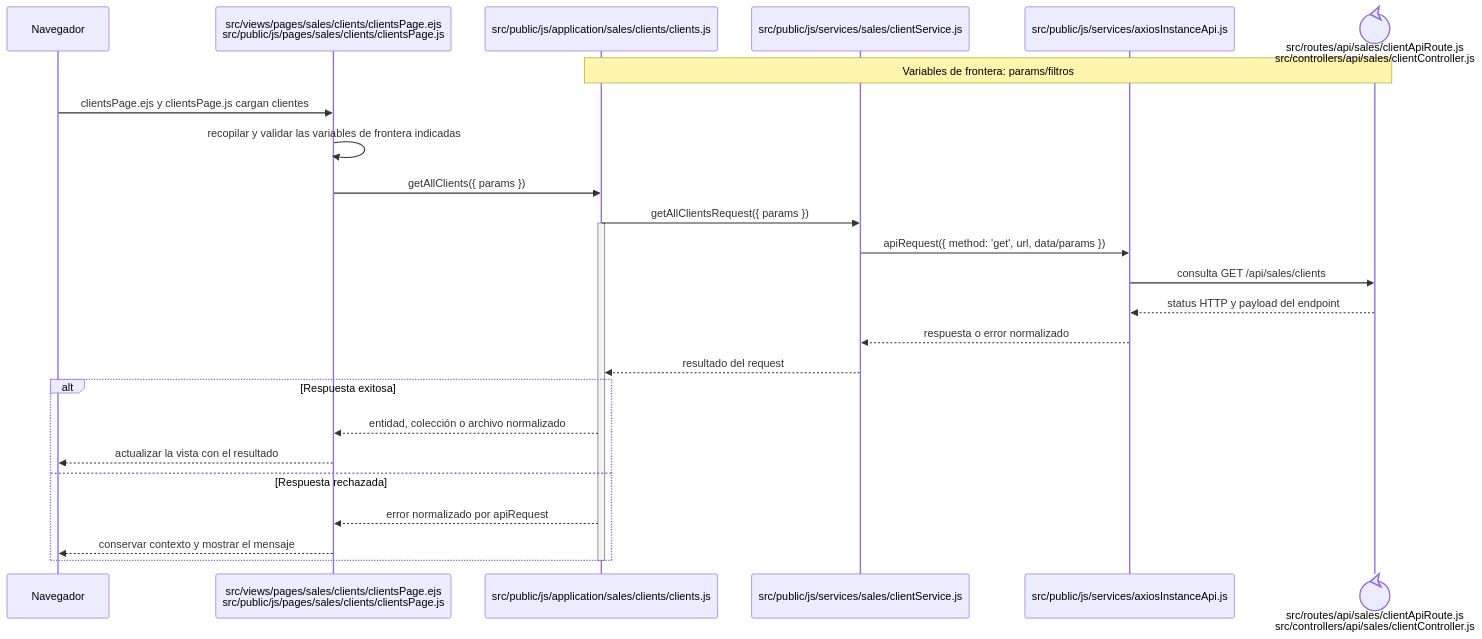
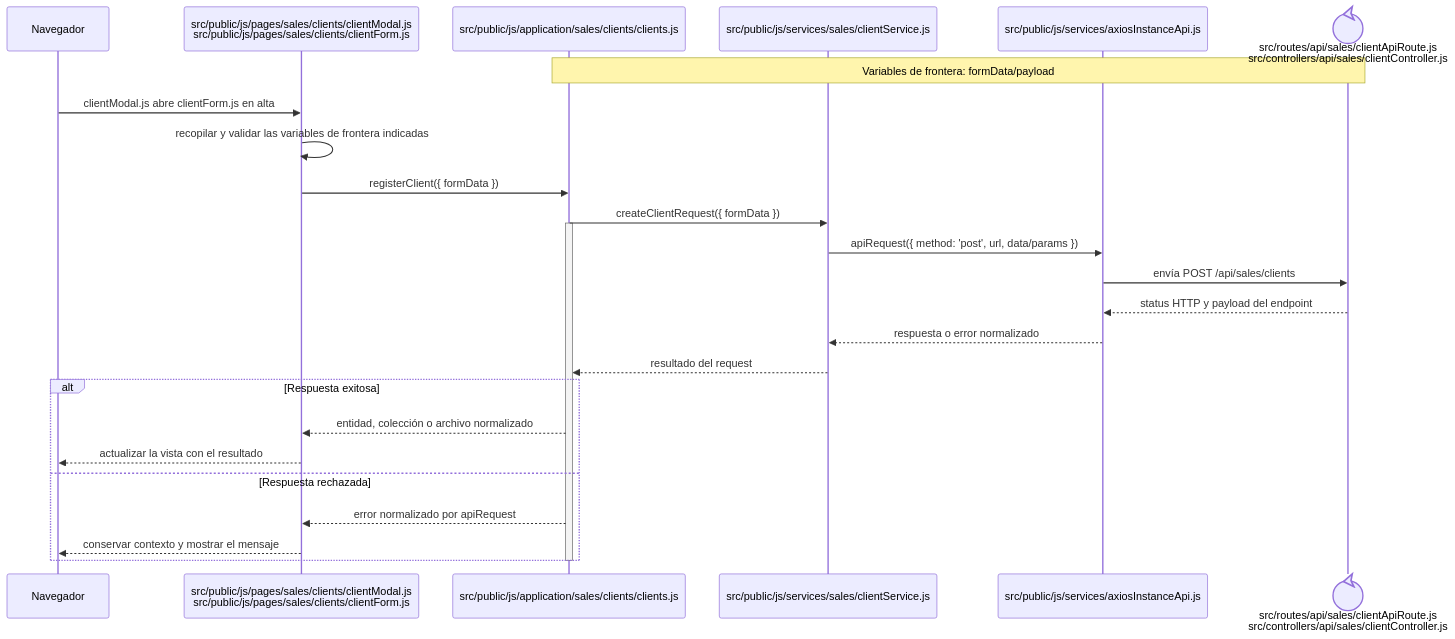
The diagram in docs/architecture/frontend-code-sequences/catalogs/cu-cat-15.md (gpgsistemas01/nexus), drawn with Mermaid before and after one commit. The commit also changed other lines of this file and 207 other files, not shown here.

````diff
--- a/docs/architecture/frontend-code-sequences/catalogs/cu-cat-15.md
+++ b/docs/architecture/frontend-code-sequences/catalogs/cu-cat-15.md
@@ -6,29 +6,29 @@
 ```mermaid
 sequenceDiagram
     participant Browser as Navegador
-    participant View as src/views/pages/sales/clients/clientsPage.ejs<br/>src/public/js/pages/sales/clients/clientsPage.js
+    participant View as src/public/js/pages/sales/clients/clientModal.js<br/>src/public/js/pages/sales/clients/clientForm.js
     participant Application as src/public/js/application/sales/clients/clients.js
     participant Request as src/public/js/services/sales/clientService.js
     participant HTTP as src/public/js/services/axiosInstanceApi.js
     participant Transport@{ "type": "control" } as src/routes/api/sales/clientApiRoute.js<br/>src/controllers/api/sales/clientController.js
-    Note over Application,Transport: Variables de frontera: params/filtros
+    Note over Application,Transport: Variables de frontera: formData/payload
 
-    Browser->>View: clientsPage.ejs y clientsPage.js cargan clientes
+    Browser->>View: clientModal.js abre clientForm.js en alta
     View->>View: recopilar y validar las variables de frontera indicadas
-    View->>Application: getAllClients({ params })
-    Application->>Request: getAllClientsRequest({ params })
+    View->>Application: registerClient({ formData })
+    Application->>Request: createClientRequest({ formData })
     activate Application
-    Request->>HTTP: apiRequest({ method: 'get', url, data/params })
-    HTTP->>Transport: consulta GET /api/sales/clients
+    Request->>HTTP: apiRequest({ method: 'post', url, data/params })
+    HTTP->>Transport: envía POST /api/sales/clients
     Transport-->>HTTP: status HTTP y payload del endpoint
     HTTP-->>Request: respuesta o error normalizado
     Request-->>Application: resultado del request
     alt Respuesta exitosa
         Application-->>View: entidad, colección o archivo normalizado
         View-->>Browser: actualizar la vista con el resultado
     else Respuesta rechazada
         Application-->>View: error normalizado por apiRequest
         View-->>Browser: conservar contexto y mostrar el mensaje
     end
     deactivate Application
 ```
````
